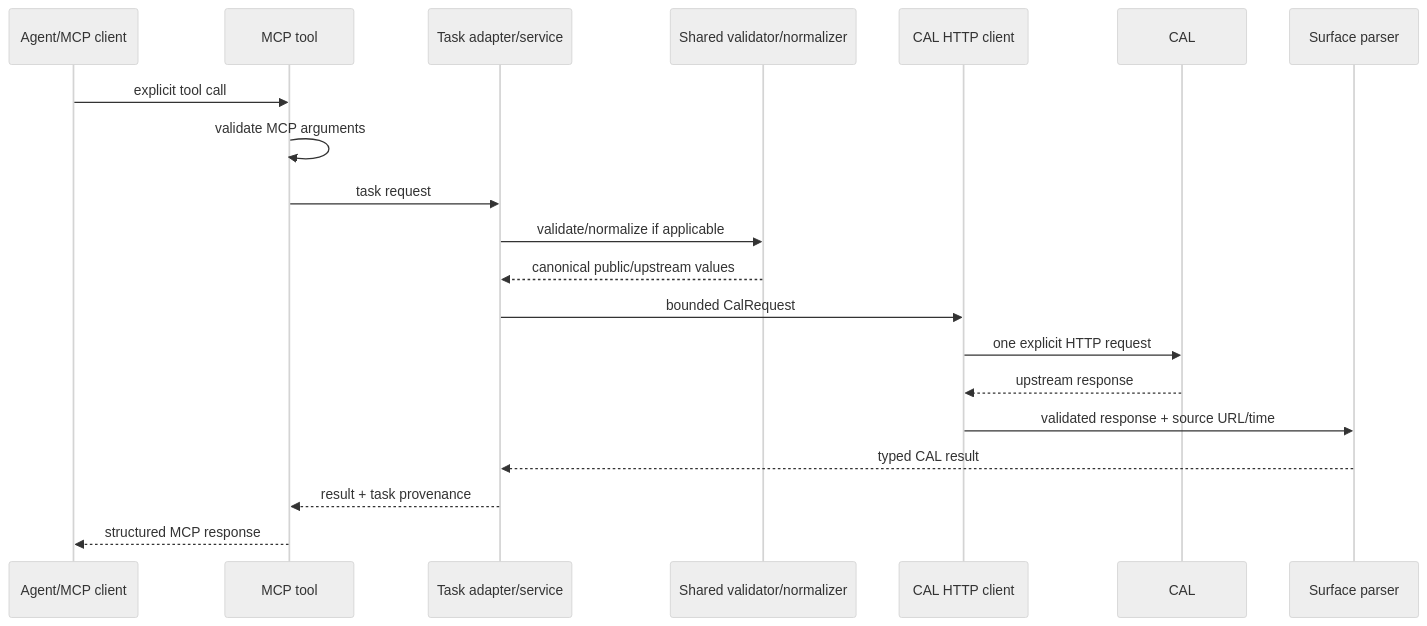
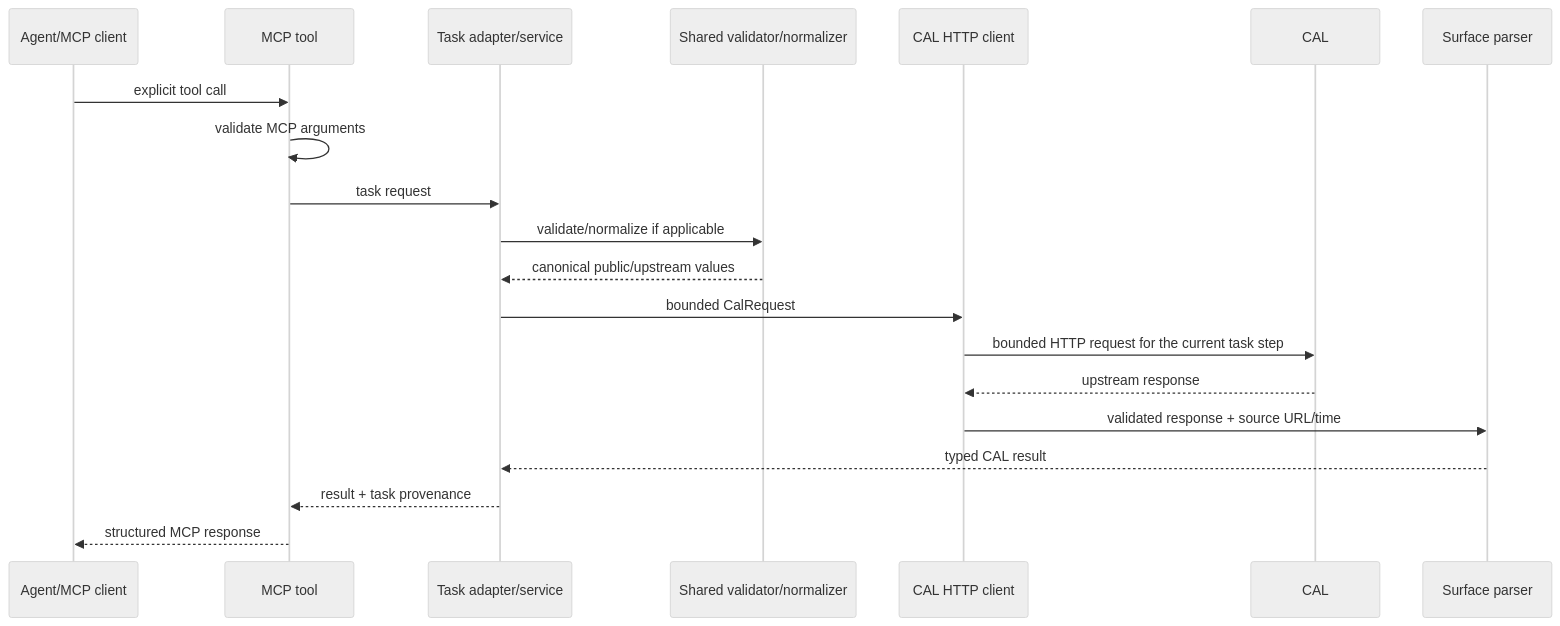
Before and after one commit to alexsosn/CAL-MCP: the fourth of 8 diagrams in wiki/architecture.md, drawn with Mermaid (neutral theme). The commit also changed 3 other files, not shown here.

Commit message:
docs: correct bounded request architecture

````diff
--- a/wiki/architecture.md
+++ b/wiki/architecture.md
@@ -209,23 +209,23 @@
 ```mermaid
 sequenceDiagram
     participant A as Agent/MCP client
     participant M as MCP tool
     participant S as Task adapter/service
     participant N as Shared validator/normalizer
     participant H as CAL HTTP client
     participant C as CAL
     participant P as Surface parser
 
     A->>M: explicit tool call
     M->>M: validate MCP arguments
     M->>S: task request
     S->>N: validate/normalize if applicable
     N-->>S: canonical public/upstream values
     S->>H: bounded CalRequest
-    H->>C: one explicit HTTP request
+    H->>C: bounded HTTP request for the current task step
     C-->>H: upstream response
     H->>P: validated response + source URL/time
     P-->>S: typed CAL result
     S-->>M: result + task provenance
     M-->>A: structured MCP response
 ```
````
